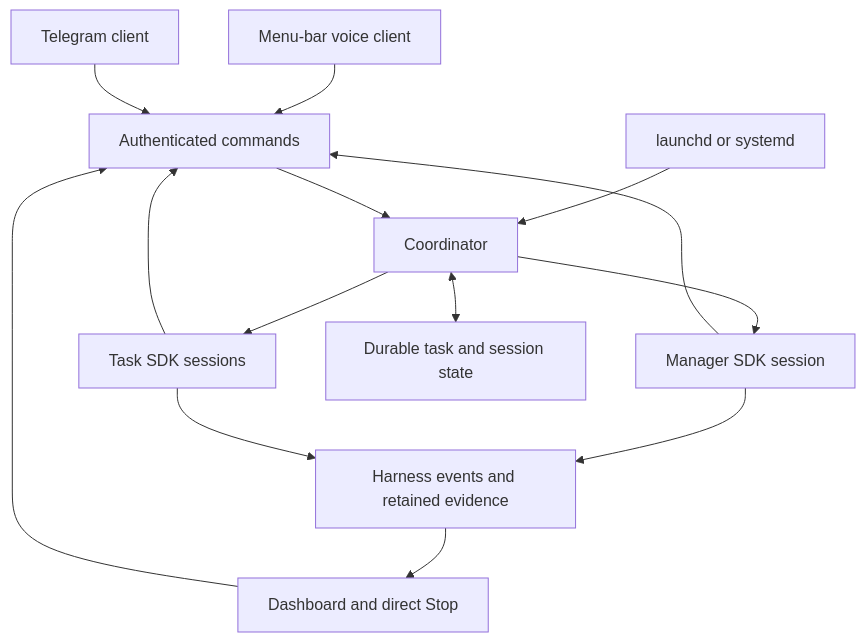
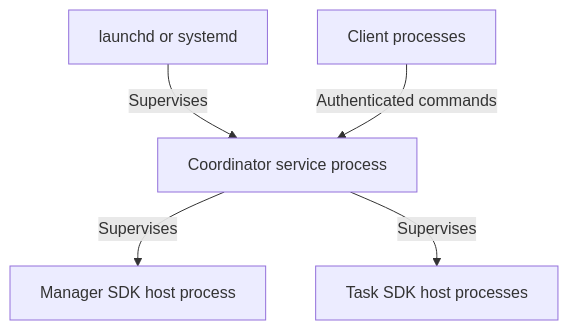
One commit to dataclique/metagenda changed the second of 4 diagrams in SPEC.md. Above: the diagram before and after it, drawn with Mermaid. The commit also changed other lines of this file and 5 other files, not shown here.

Commit message:
clarify specification boundaries and diagram views

````diff
--- a/SPEC.md
+++ b/SPEC.md
@@ -68,16 +106,7 @@
 ```mermaid
 flowchart TD
-    Voice[Menu-bar voice client] --> Commands[Authenticated commands]
-    Telegram[Telegram client] --> Commands
-    Dashboard[Dashboard and direct Stop] --> Commands
-    OS[launchd or systemd] --> Coordinator[Coordinator]
-    Commands --> Coordinator
-    Coordinator --> Manager[Manager SDK session]
-    Coordinator --> Workers[Task SDK sessions]
-    Manager --> Commands
-    Workers --> Commands
-    Manager --> Events[Harness events and retained evidence]
-    Workers --> Events
-    Events --> Dashboard
-    Coordinator <--> State[Durable task and session state]
+    OS[launchd or systemd] -->|Supervises| Coordinator[Coordinator service process]
+    Coordinator -->|Supervises| ManagerHost[Manager SDK host process]
+    Coordinator -->|Supervises| WorkerHosts[Task SDK host processes]
+    Clients[Client processes] -->|Authenticated commands| Coordinator
 ```
````
